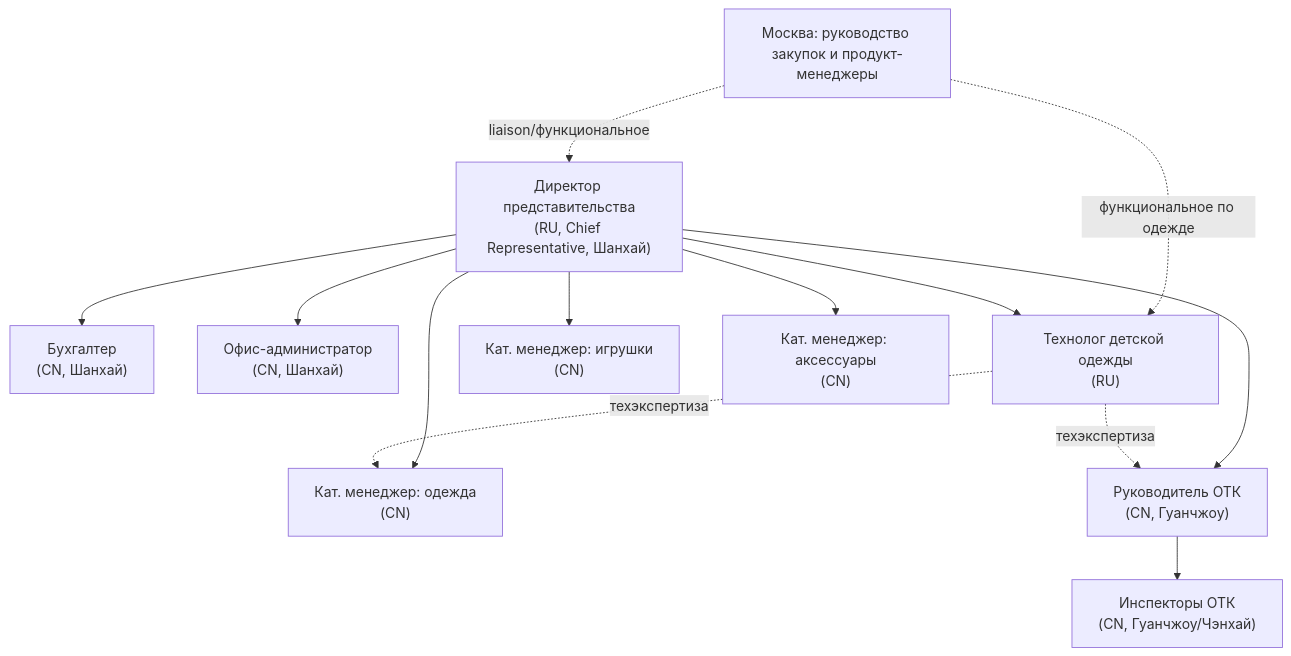
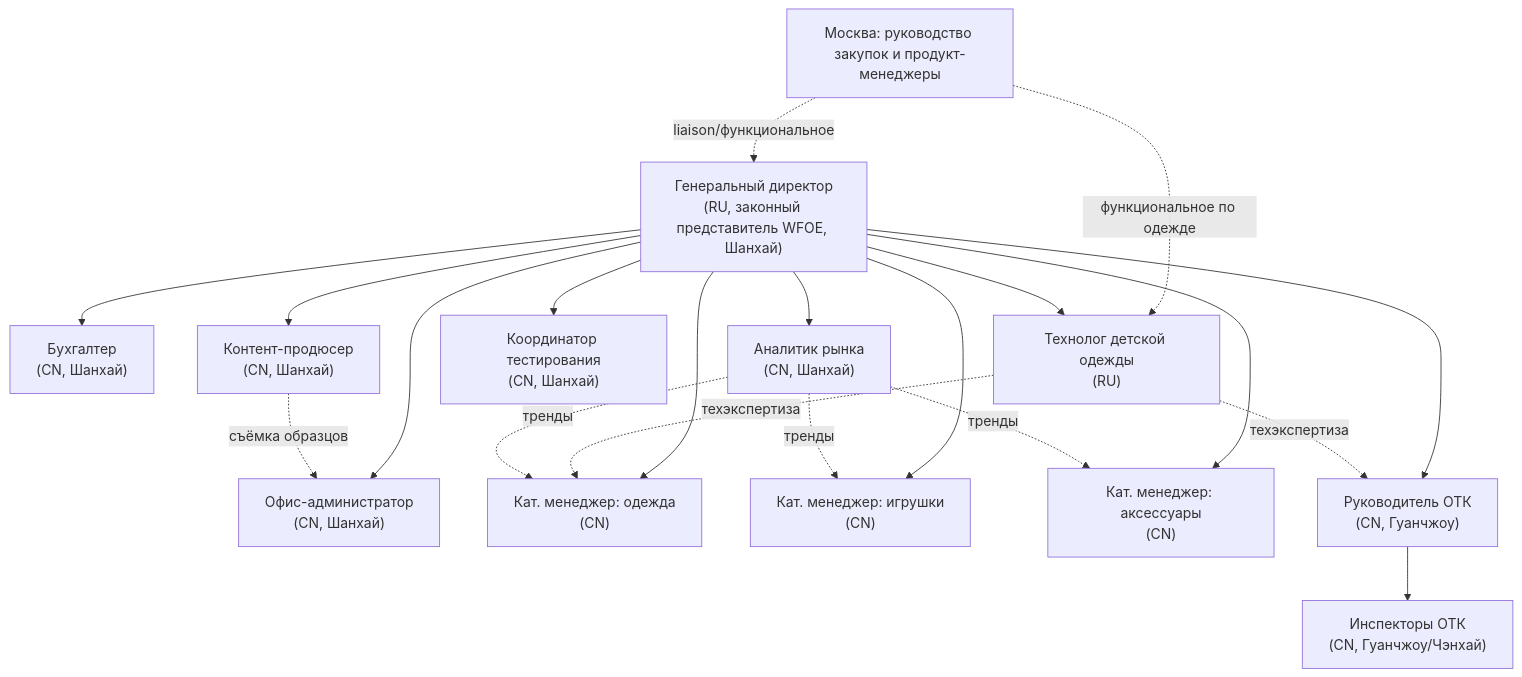
One commit to SinopticsVit/resume changed the diagram in representative in china DM/representation/office_setup/02_org_structure.md. Above: the diagram before and after it, drawn with Mermaid. The commit also changed other lines of this file and 62 other files, not shown here.

````diff
--- a/representative in china DM/representation/office_setup/02_org_structure.md
+++ b/representative in china DM/representation/office_setup/02_org_structure.md
@@ -32,26 +35,36 @@
 ```mermaid
 flowchart TD
     HQ["Москва: руководство закупок и продукт-менеджеры"]
-    Dir["Директор представительства<br/>(RU, Chief Representative, Шанхай)"]
+    Dir["Генеральный директор<br/>(RU, законный представитель WFOE, Шанхай)"]
     Acc["Бухгалтер<br/>(CN, Шанхай)"]
     Admin["Офис-администратор<br/>(CN, Шанхай)"]
     Tech["Технолог детской одежды<br/>(RU)"]
     CMClothes["Кат. менеджер: одежда<br/>(CN)"]
     CMToys["Кат. менеджер: игрушки<br/>(CN)"]
     CMAcc["Кат. менеджер: аксессуары<br/>(CN)"]
+    Content["Контент-продюсер<br/>(CN, Шанхай)"]
+    Testing["Координатор тестирования<br/>(CN, Шанхай)"]
+    Analyst["Аналитик рынка<br/>(CN, Шанхай)"]
     QCLead["Руководитель ОТК<br/>(CN, Гуанчжоу)"]
     QCInsp["Инспекторы ОТК<br/>(CN, Гуанчжоу/Чэнхай)"]
 
     HQ -.liaison/функциональное.-> Dir
     HQ -.функциональное по одежде.-> Tech
     Dir --> Acc
     Dir --> Admin
     Dir --> Tech
     Dir --> CMClothes
     Dir --> CMToys
     Dir --> CMAcc
+    Dir --> Content
+    Dir --> Testing
+    Dir --> Analyst
     Dir --> QCLead
     QCLead --> QCInsp
     Tech -.техэкспертиза.-> CMClothes
     Tech -.техэкспертиза.-> QCLead
+    Analyst -.тренды.-> CMClothes
+    Analyst -.тренды.-> CMToys
+    Analyst -.тренды.-> CMAcc
+    Content -.съёмка образцов.-> Admin
 ```
````
